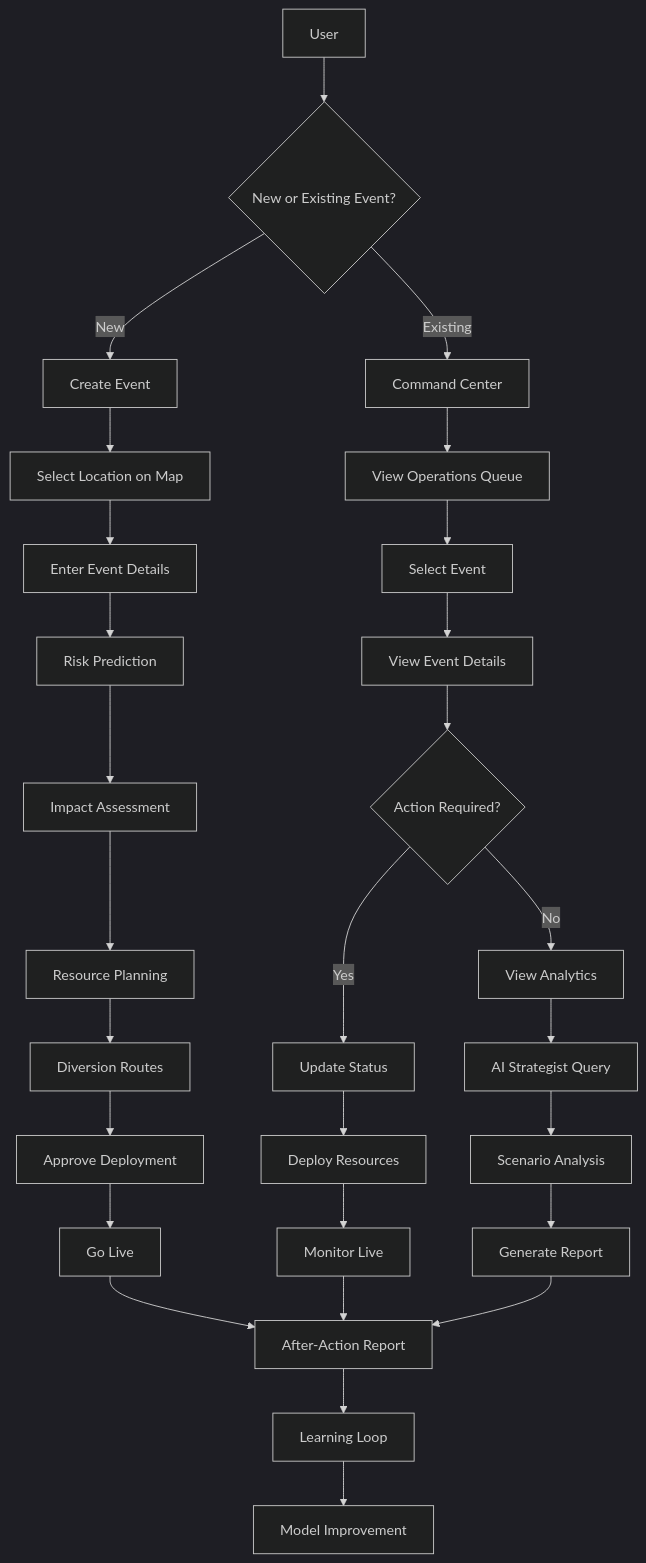
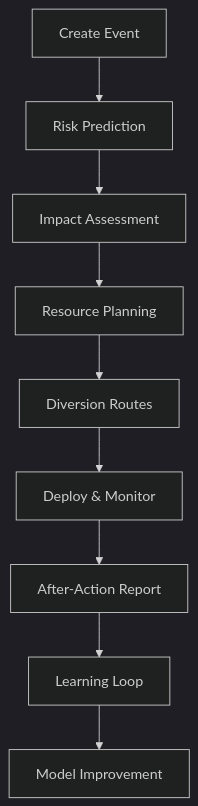
Before and after one commit to Pragati1466/Nethra: the first of 2 diagrams in README.md, drawn with Mermaid (dark theme). The commit also changed other lines of this file, not shown here.

````diff
--- a/README.md
+++ b/README.md
@@ -340,35 +51,11 @@
 ```mermaid
 flowchart TD
-    A[User] --> B{New or Existing Event?}
-    
-    B -->|New| C[Create Event]
-    C --> D[Select Location on Map]
-    D --> E[Enter Event Details]
-    E --> F[Risk Prediction]
-    F --> G[Impact Assessment]
-    G --> H[Resource Planning]
-    H --> I[Diversion Routes]
-    I --> J[Approve Deployment]
-    J --> K[Go Live]
-    
-    B -->|Existing| L[Command Center]
-    L --> M[View Operations Queue]
-    M --> N[Select Event]
-    N --> O[View Event Details]
-    O --> P{Action Required?}
-    
-    P -->|Yes| Q[Update Status]
-    Q --> R[Deploy Resources]
-    R --> S[Monitor Live]
-    
-    P -->|No| T[View Analytics]
-    T --> U[AI Strategist Query]
-    U --> V[Scenario Analysis]
-    V --> W[Generate Report]
-    
-    K --> X[After-Action Report]
-    S --> X
-    W --> X
-    X --> Y[Learning Loop]
-    Y --> Z[Model Improvement]
+    A[Create Event] --> B[Risk Prediction]
+    B --> C[Impact Assessment]
+    C --> D[Resource Planning]
+    D --> E[Diversion Routes]
+    E --> F[Deploy & Monitor]
+    F --> G[After-Action Report]
+    G --> H[Learning Loop]
+    H --> I[Model Improvement]
 ```
````
